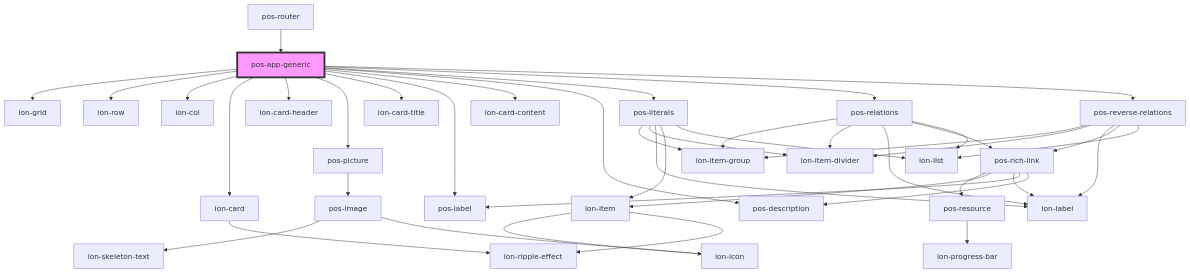
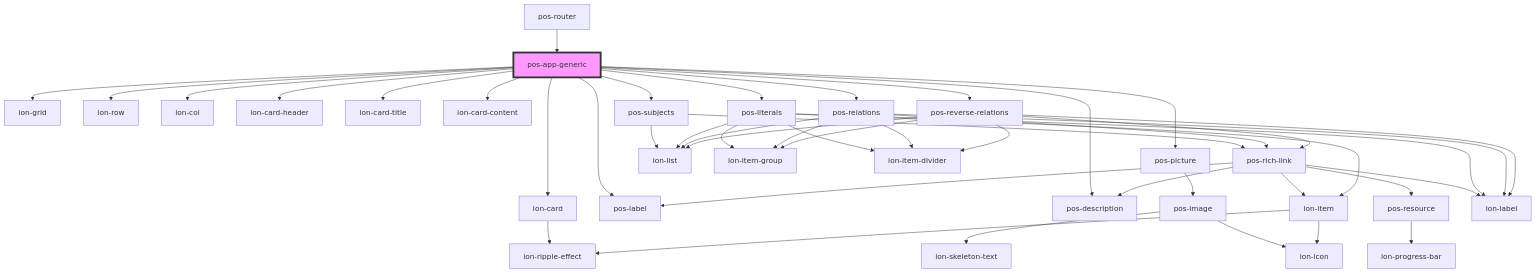
The diagram in docs/elements/apps/pos-app-generic/readme.md (pod-os/PodOS), drawn with Mermaid before and after one commit. The commit also changed other lines of this file and 6 other files, not shown here.

````diff
--- a/docs/elements/apps/pos-app-generic/readme.md
+++ b/docs/elements/apps/pos-app-generic/readme.md
@@ -31,45 +32,48 @@
 ```mermaid
 graph TD;
   pos-app-generic --> ion-grid
   pos-app-generic --> ion-row
   pos-app-generic --> ion-col
   pos-app-generic --> ion-card
   pos-app-generic --> ion-card-header
   pos-app-generic --> pos-picture
   pos-app-generic --> ion-card-title
   pos-app-generic --> pos-label
   pos-app-generic --> ion-card-content
   pos-app-generic --> pos-description
+  pos-app-generic --> pos-subjects
   pos-app-generic --> pos-literals
   pos-app-generic --> pos-relations
   pos-app-generic --> pos-reverse-relations
   ion-card --> ion-ripple-effect
   pos-picture --> pos-image
   pos-image --> ion-skeleton-text
   pos-image --> ion-icon
-  pos-literals --> ion-item-group
-  pos-literals --> ion-item-divider
-  pos-literals --> ion-label
-  pos-literals --> ion-item
-  pos-literals --> ion-list
-  ion-item --> ion-icon
-  ion-item --> ion-ripple-effect
-  pos-relations --> ion-item-group
-  pos-relations --> ion-item-divider
-  pos-relations --> ion-label
-  pos-relations --> pos-rich-link
-  pos-relations --> ion-list
+  pos-subjects --> pos-rich-link
+  pos-subjects --> ion-list
   pos-rich-link --> pos-resource
   pos-rich-link --> ion-item
   pos-rich-link --> ion-label
   pos-rich-link --> pos-label
   pos-rich-link --> pos-description
   pos-resource --> ion-progress-bar
+  ion-item --> ion-icon
+  ion-item --> ion-ripple-effect
+  pos-literals --> ion-item-group
+  pos-literals --> ion-item-divider
+  pos-literals --> ion-label
+  pos-literals --> ion-item
+  pos-literals --> ion-list
+  pos-relations --> ion-item-group
+  pos-relations --> ion-item-divider
+  pos-relations --> ion-label
+  pos-relations --> pos-rich-link
+  pos-relations --> ion-list
   pos-reverse-relations --> ion-item-group
   pos-reverse-relations --> ion-item-divider
   pos-reverse-relations --> ion-label
   pos-reverse-relations --> pos-rich-link
   pos-reverse-relations --> ion-list
   pos-router --> pos-app-generic
   style pos-app-generic fill:#f9f,stroke:#333,stroke-width:4px
 ```
````
